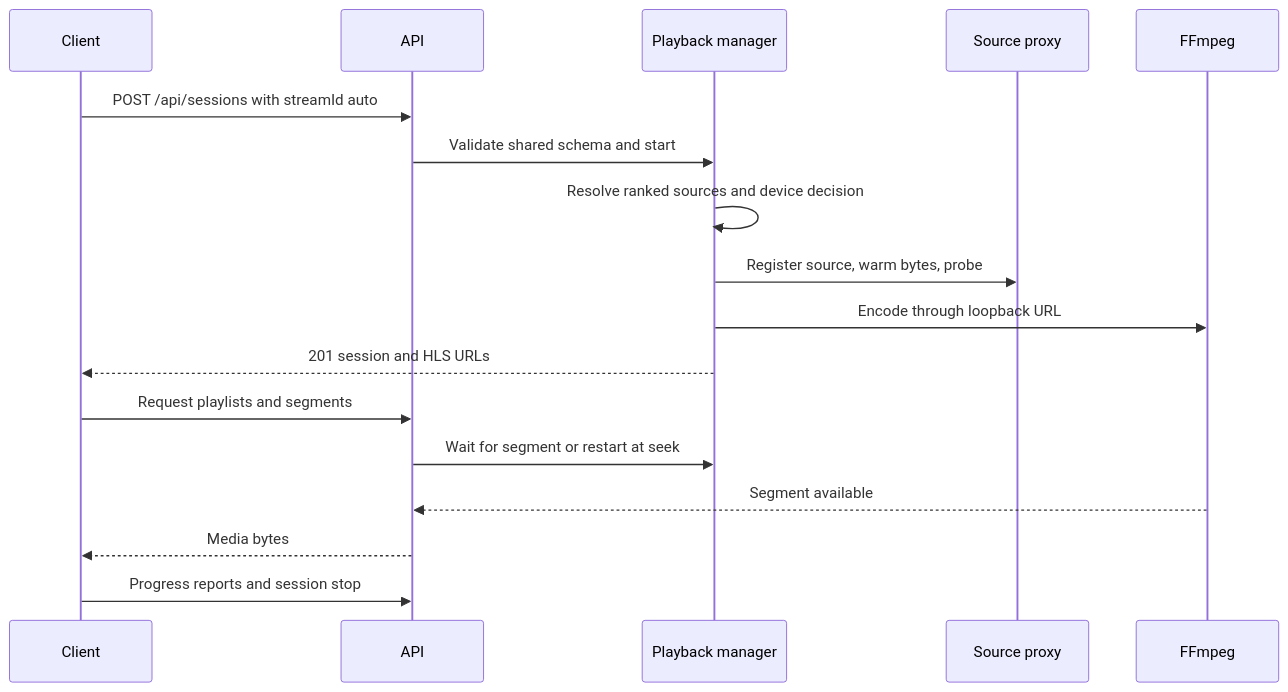
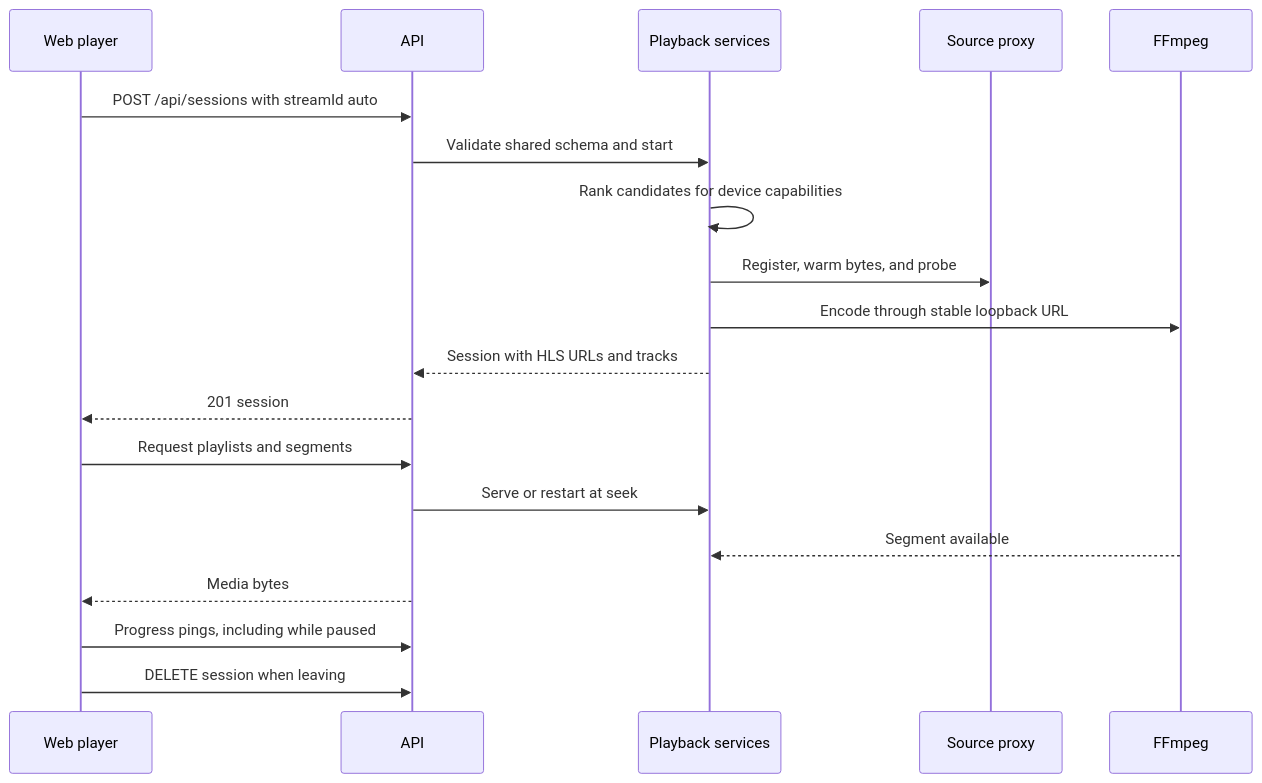
The second of 2 diagrams in droid-wiki/overview/architecture.md (VeroxAUS/homestream), drawn with Mermaid before and after one commit. The commit also changed other lines of this file and 57 other files, not shown here.

````diff
--- a/droid-wiki/overview/architecture.md
+++ b/droid-wiki/overview/architecture.md
@@ -32,19 +32,21 @@
 ```mermaid
 sequenceDiagram
-    participant C as Client
+    participant C as Web player
     participant A as API
-    participant M as Playback manager
+    participant M as Playback services
     participant P as Source proxy
     participant F as FFmpeg
     C->>A: POST /api/sessions with streamId auto
     A->>M: Validate shared schema and start
-    M->>M: Resolve ranked sources and device decision
-    M->>P: Register source, warm bytes, probe
-    M->>F: Encode through loopback URL
-    M-->>C: 201 session and HLS URLs
+    M->>M: Rank candidates for device capabilities
+    M->>P: Register, warm bytes, and probe
+    M->>F: Encode through stable loopback URL
+    M-->>A: Session with HLS URLs and tracks
+    A-->>C: 201 session
     C->>A: Request playlists and segments
-    A->>M: Wait for segment or restart at seek
-    F-->>A: Segment available
+    A->>M: Serve or restart at seek
+    F-->>M: Segment available
     A-->>C: Media bytes
-    C->>A: Progress reports and session stop
+    C->>A: Progress pings, including while paused
+    C->>A: DELETE session when leaving
 ```
````
